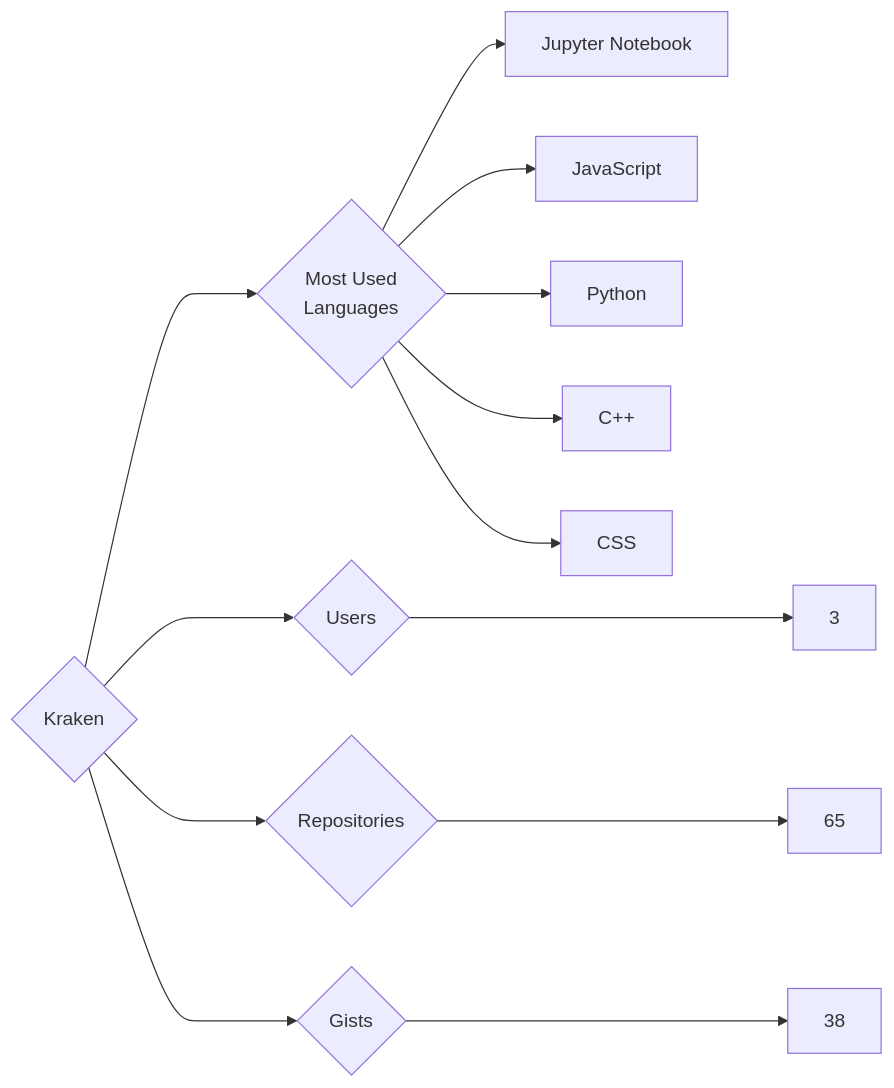
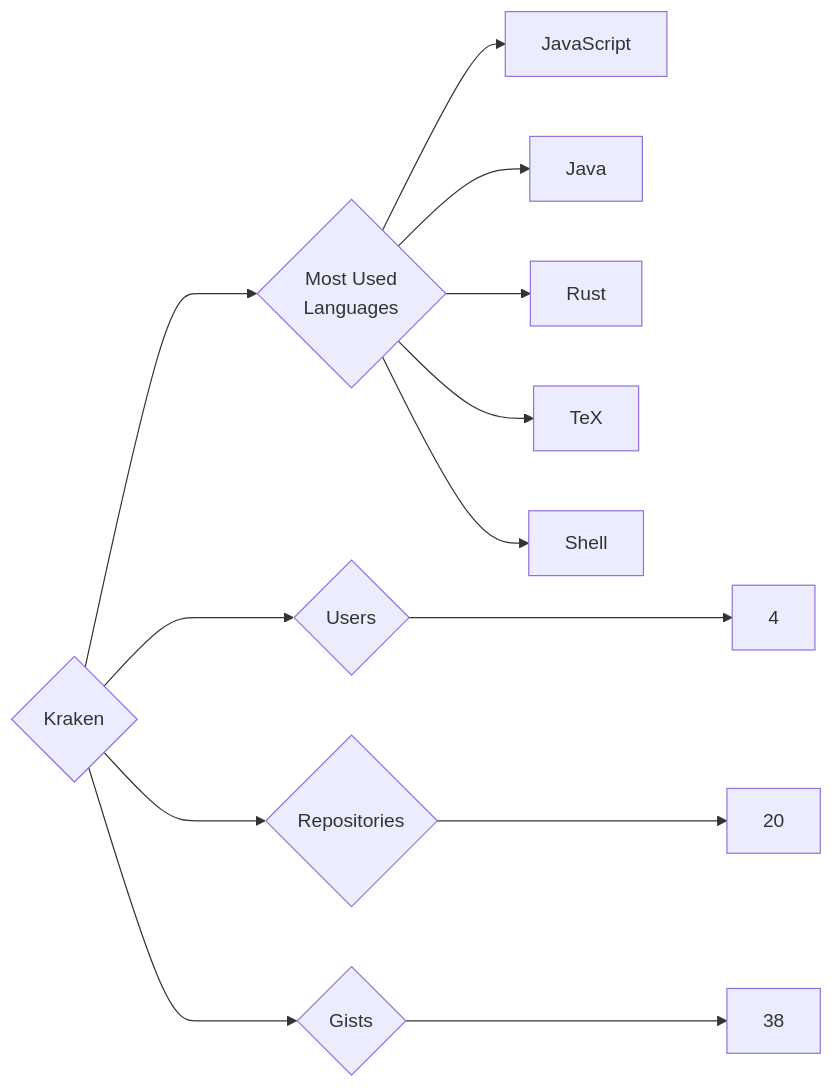
One commit to trickest/insiders changed the diagram in targets/Kraken/README.md. Above: the diagram before and after it, drawn with Mermaid. The commit also changed 718 other files, not shown here.

````diff
--- a/targets/Kraken/README.md
+++ b/targets/Kraken/README.md
@@ -3,13 +3,13 @@
 ```mermaid
 graph LR
 COMPANY_NAME{Kraken}
-COMPANY_NAME ---> U{Users} ---> UN[3]
-COMPANY_NAME ---> R{Repositories} ---> RN[65]
+COMPANY_NAME ---> U{Users} ---> UN[4]
+COMPANY_NAME ---> R{Repositories} ---> RN[20]
 COMPANY_NAME ---> G{Gists} ---> GN[38]
 COMPANY_NAME ---> ML{Most Used<br>Languages}
-ML --> Jupyter_Notebook[Jupyter Notebook]
 ML --> JavaScript[JavaScript]
-ML --> Python[Python]
-ML --> C++[C++]
-ML --> CSS[CSS]
+ML --> Java[Java]
+ML --> Rust[Rust]
+ML --> TeX[TeX]
+ML --> Shell[Shell]
 ```
````
